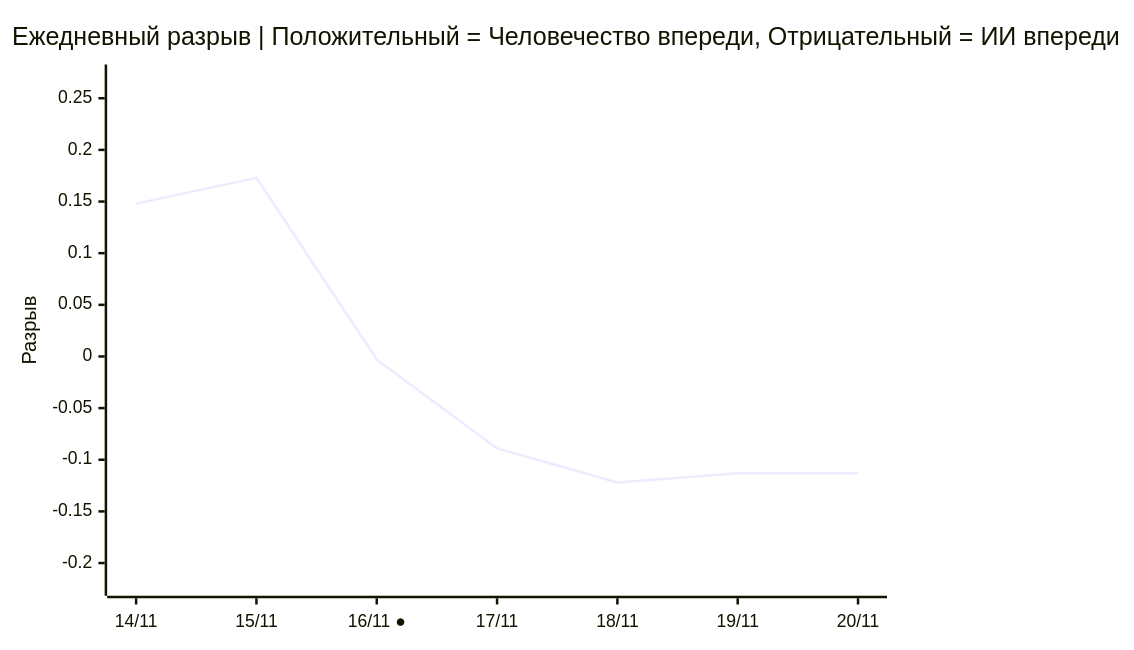
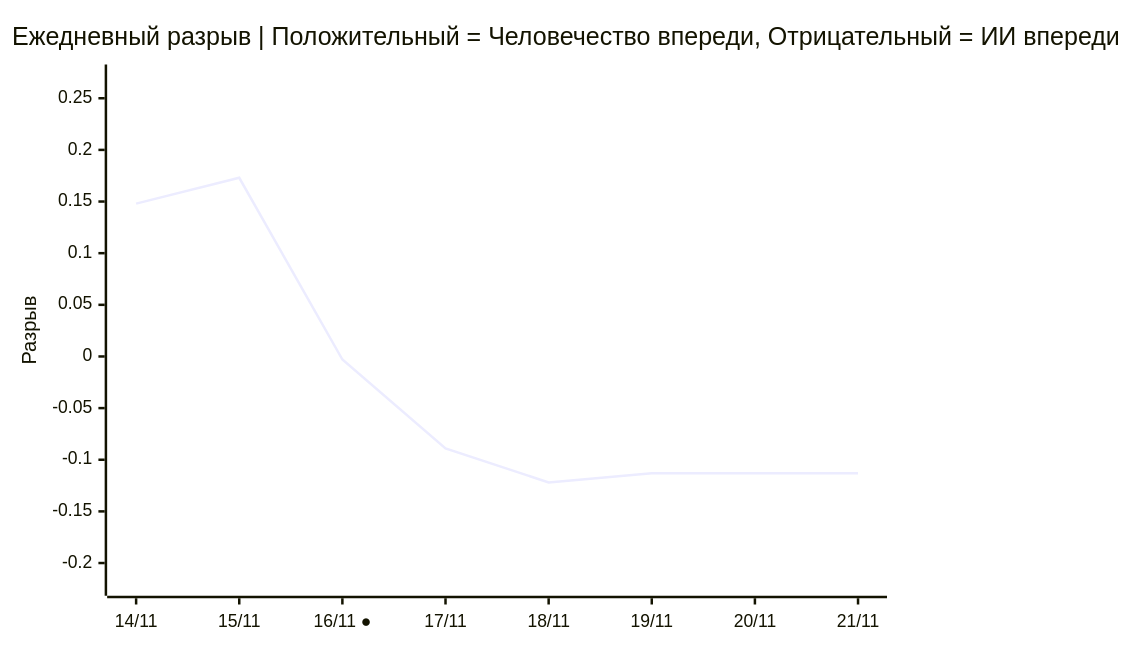
One commit to VQQLK/Human-AI-Monitor changed the third of 3 diagrams in README.ru.md. Above: the diagram before and after it, drawn with Mermaid. The commit also changed other lines of this file and 3 other files, not shown here.

````diff
--- a/README.ru.md
+++ b/README.ru.md
@@ -54,7 +54,7 @@
 ```mermaid
 xychart-beta
     title "Ежедневный разрыв | Положительный = Человечество впереди, Отрицательный = ИИ впереди"
-    x-axis ["14/11", "15/11", "16/11 ●", "17/11", "18/11", "19/11", "20/11"]
+    x-axis ["14/11", "15/11", "16/11 ●", "17/11", "18/11", "19/11", "20/11", "21/11"]
     y-axis "Разрыв" -0.222 --> 0.273
-    line [0.148, 0.173, -0.003, -0.089, -0.122, -0.113, -0.113]
+    line [0.148, 0.173, -0.003, -0.089, -0.122, -0.113, -0.113, -0.113]
 ```
````
